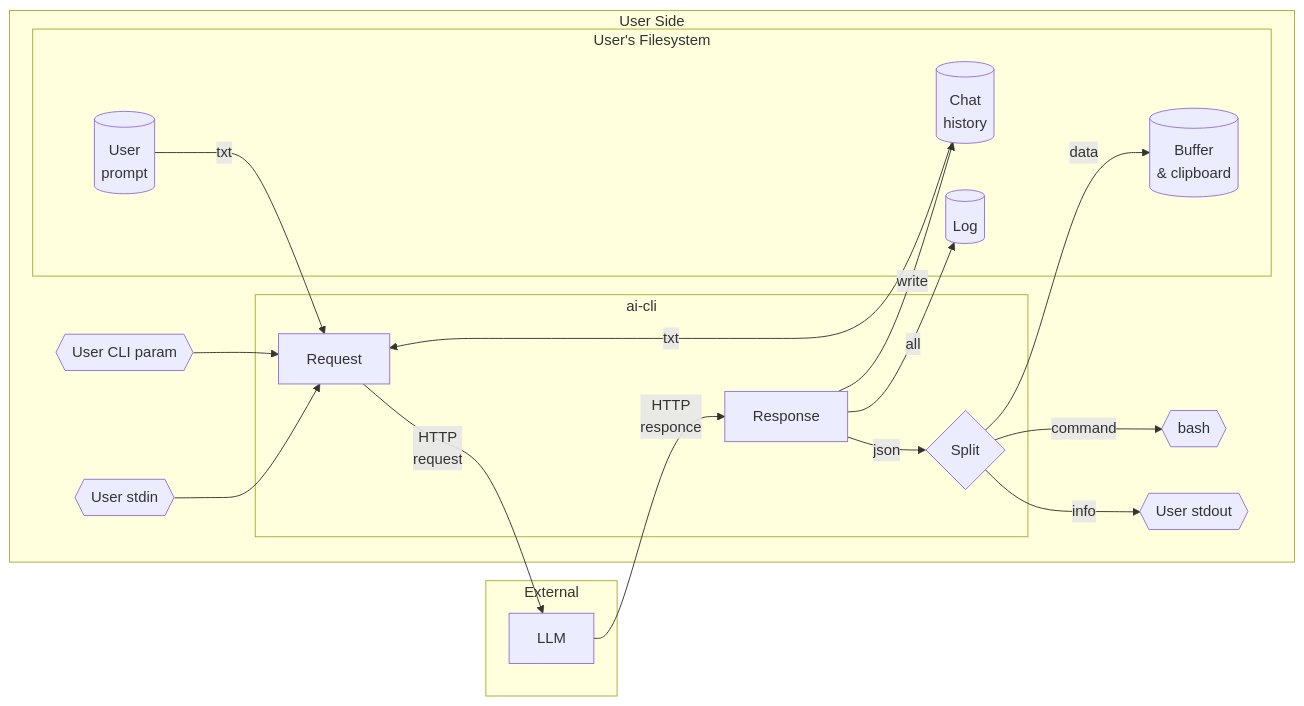
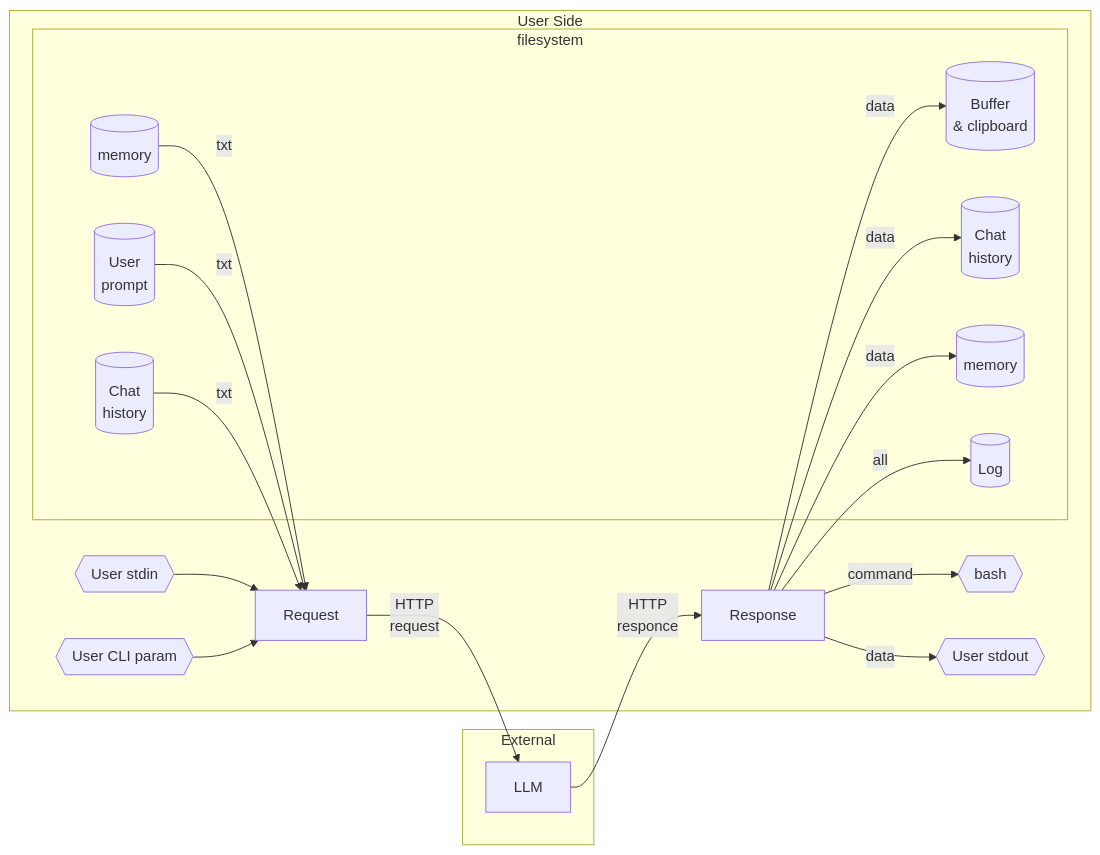
One commit to johnthesmith/ai-cli changed the second of 2 diagrams in README.md. Above: the diagram before and after it, drawn with Mermaid. The commit also changed other lines of this file and 23 other files, not shown here.

````diff
--- a/README.md
+++ b/README.md
@@ -289,42 +236,43 @@
 ```mermaid
 flowchart LR
     subgraph UserSide["User Side"]
-        subgraph FS["User's Filesystem"]
+        subgraph filesystem
             prompt[("User \n prompt")]
-            history[("Chat \n history")]
             buffer[("Buffer \n & clipboard")]
+            history_in[("Chat \n history")]
+            history_out[("Chat \n history")]
+            memory_in[("memory")]
+            memory_out[("memory")]
             log[("Log")]
         end
         
         stdin{{"User stdin"}}
         param{{"User CLI param"}}
         command{{"bash"}}
         stdout{{"User stdout"}}
         
-        subgraph AICLI["ai-cli"]
-            req["Request"]
-            resp["Response"]
-            split{"Split"}
-        end
+        req["Request"]
+        resp["Response"]
     end
 
     subgraph World["External"]
         llm["LLM"]
     end
 
+    resp --> |all| log
+    
+    llm --> |HTTP \n responce| resp
+    req -->|HTTP \n request| llm
+       
+    resp -->|data| memory_out
+    resp -->|data| history_out
+    resp -->|data| stdout
+    resp -->|command| command    
+    resp -->|data| buffer     
+
+    memory_in --> |txt| req
     prompt --> |txt| req
     stdin --> req
-    history --> |txt| req
     param --> req
-    
-    req -->|HTTP \n request| llm
-    llm --> |HTTP \n responce| resp
-       
-    split -->|info| stdout
-    split -->|command| command    
-    split -->|data| buffer     
-    
-    resp --> |json| split 
-    resp -->|write| history
-    resp --> |all| log
+    history_in --> |txt| req
 ```
````
